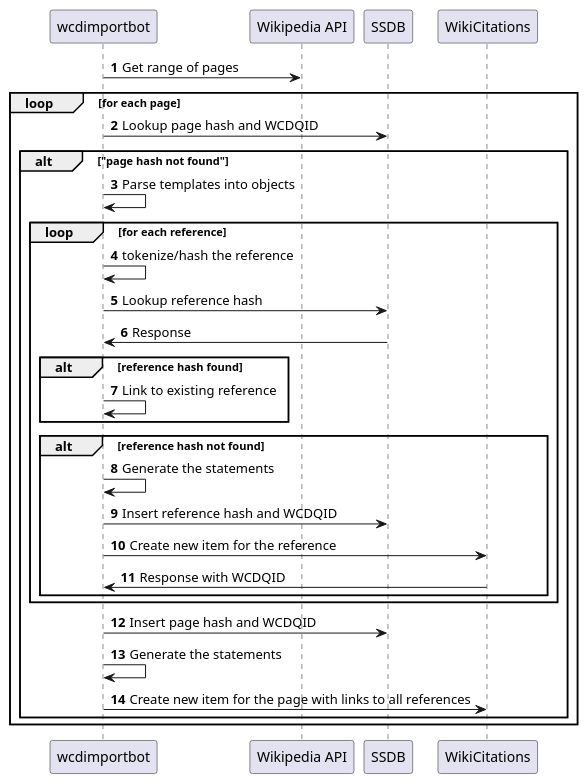
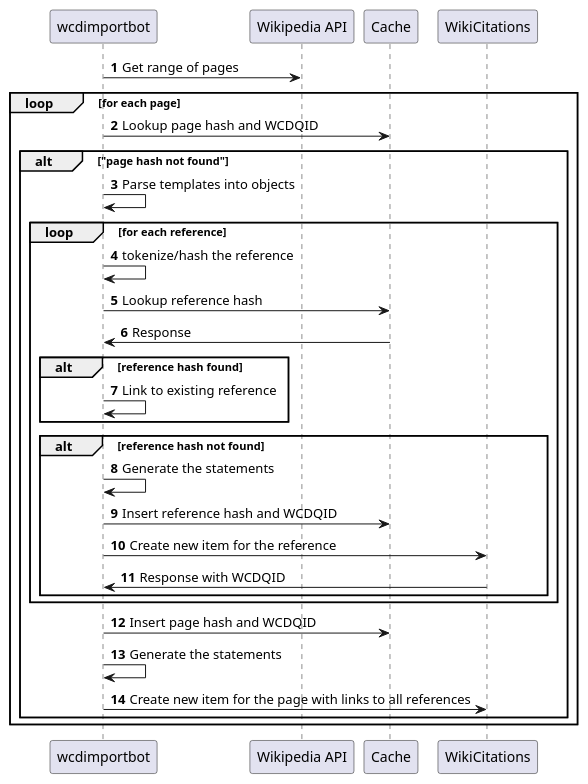
Before and after one commit to internetarchive/iari: the diagram in diagrams/sequence_first_pass.puml, drawn with PlantUML. The commit also changed 5 other files, not shown here.

Commit message:
Update diagrams and sort methods.

```diff
--- a/diagrams/sequence_first_pass.puml
+++ b/diagrams/sequence_first_pass.puml
@@ -1,29 +1,29 @@
 @startuml
 'https://plantuml.com/sequence-diagram
 
 autonumber
 wcdimportbot -> "Wikipedia API": Get range of pages
 loop for each page
-    wcdimportbot -> SSDB: Lookup page hash and WCDQID
+    wcdimportbot -> Cache: Lookup page hash and WCDQID
     alt "page hash not found"
         wcdimportbot -> wcdimportbot: Parse templates into objects
         loop for each reference
             wcdimportbot -> wcdimportbot: tokenize/hash the reference
-            wcdimportbot -> SSDB: Lookup reference hash
-            SSDB -> wcdimportbot: Response
+            wcdimportbot -> Cache: Lookup reference hash
+            Cache -> wcdimportbot: Response
             alt reference hash found
                 wcdimportbot -> wcdimportbot: Link to existing reference
             end
             alt reference hash not found
                 wcdimportbot -> wcdimportbot: Generate the statements
-                wcdimportbot -> SSDB: Insert reference hash and WCDQID
+                wcdimportbot -> Cache: Insert reference hash and WCDQID
                 wcdimportbot -> WikiCitations: Create new item for the reference
                 WikiCitations -> wcdimportbot: Response with WCDQID
             end
         end
-        wcdimportbot -> SSDB: Insert page hash and WCDQID
+        wcdimportbot -> Cache: Insert page hash and WCDQID
         wcdimportbot -> wcdimportbot: Generate the statements
         wcdimportbot -> WikiCitations: Create new item for the page with links to all references
     end
 end
 @enduml
```
